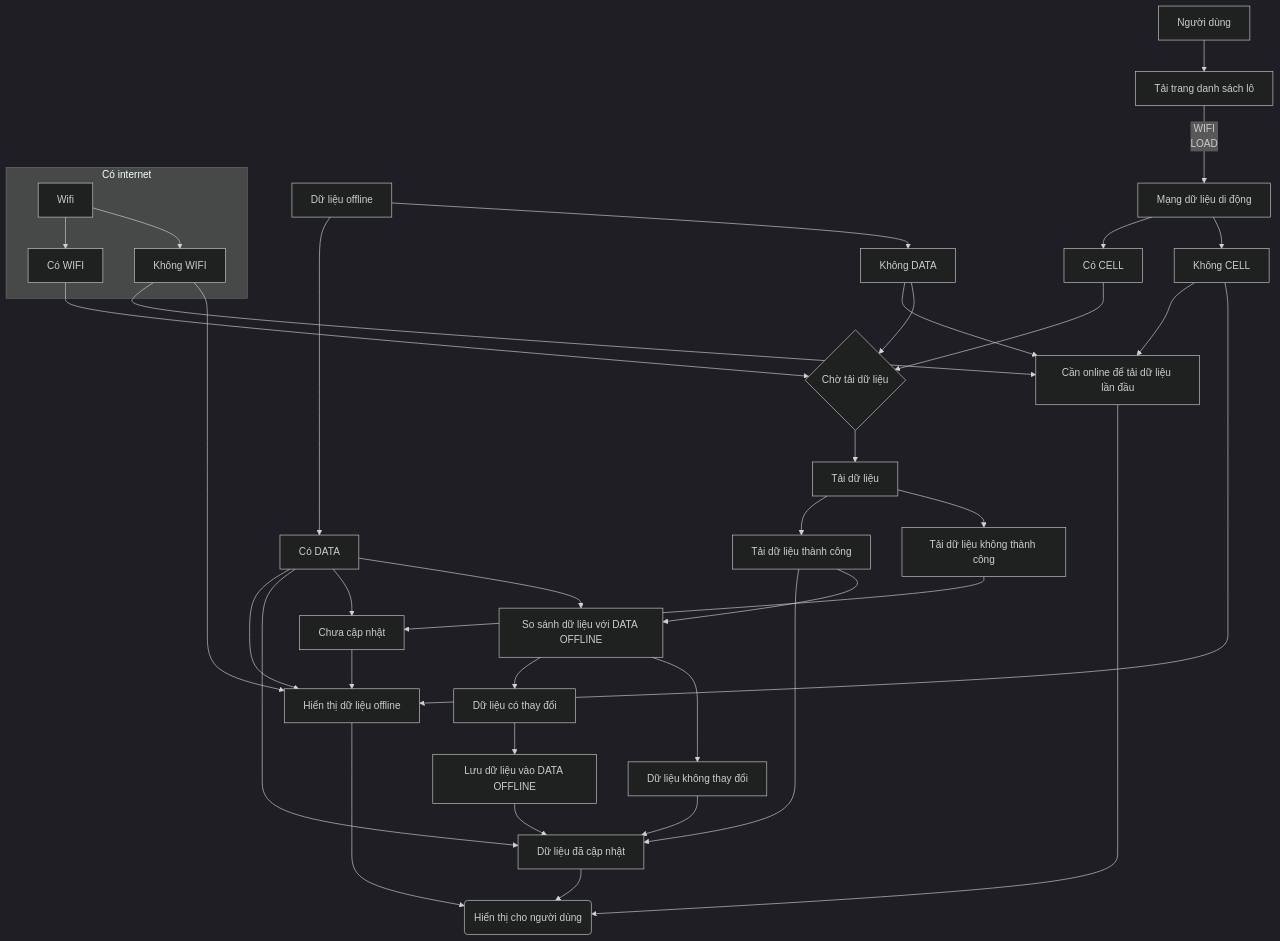
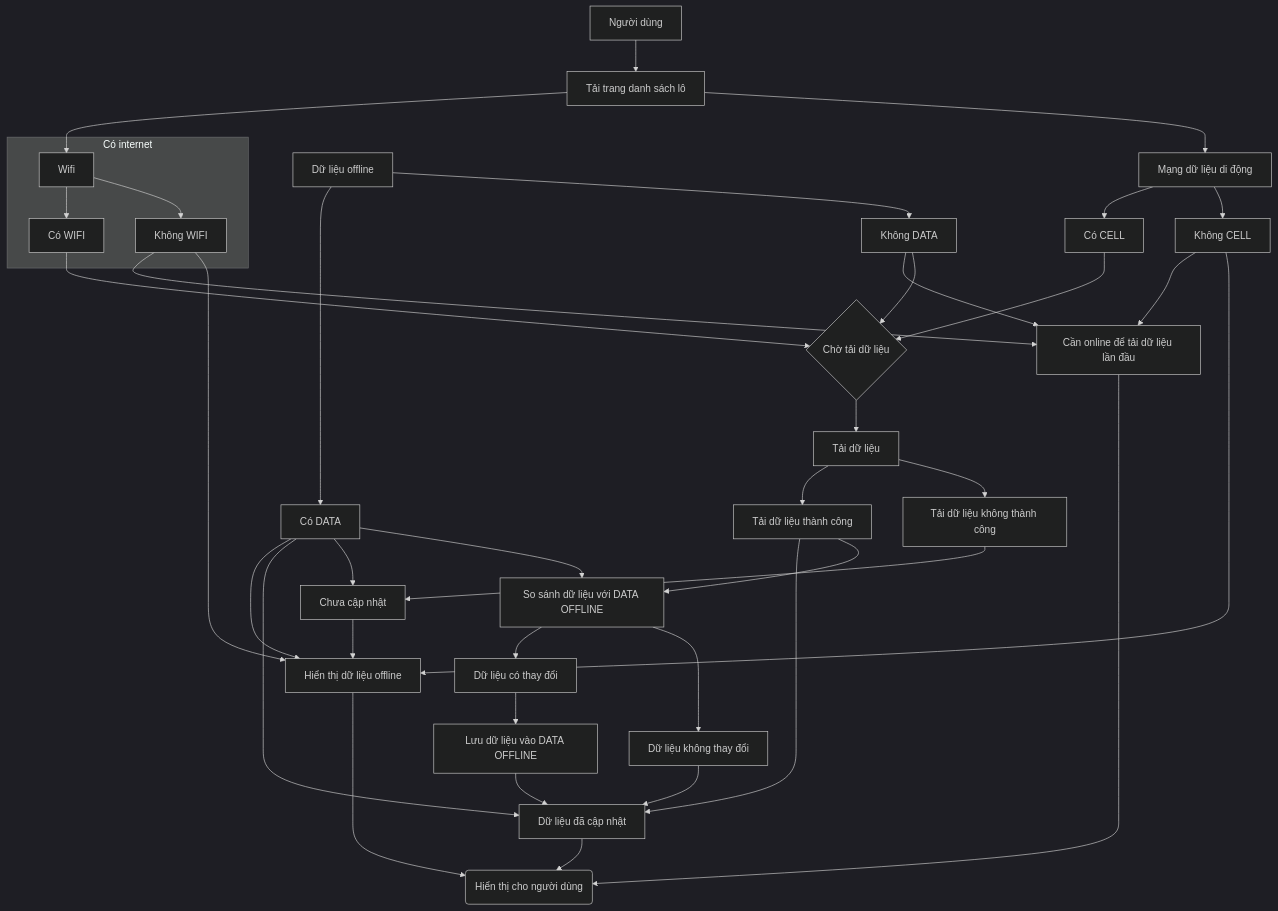
Before and after one commit to trethanhphat/tre-thanh-phat-pwa-docs: the diagram in docs/batches-flow.md, drawn with Mermaid (dark theme).

```diff
--- a/docs/batches-flow.md
+++ b/docs/batches-flow.md
@@ -6,7 +6,7 @@
 
 
 USER --> LOAD
-LOAD -- WIFI
+LOAD --> WIFI
 LOAD --> CELL
 
 
```
